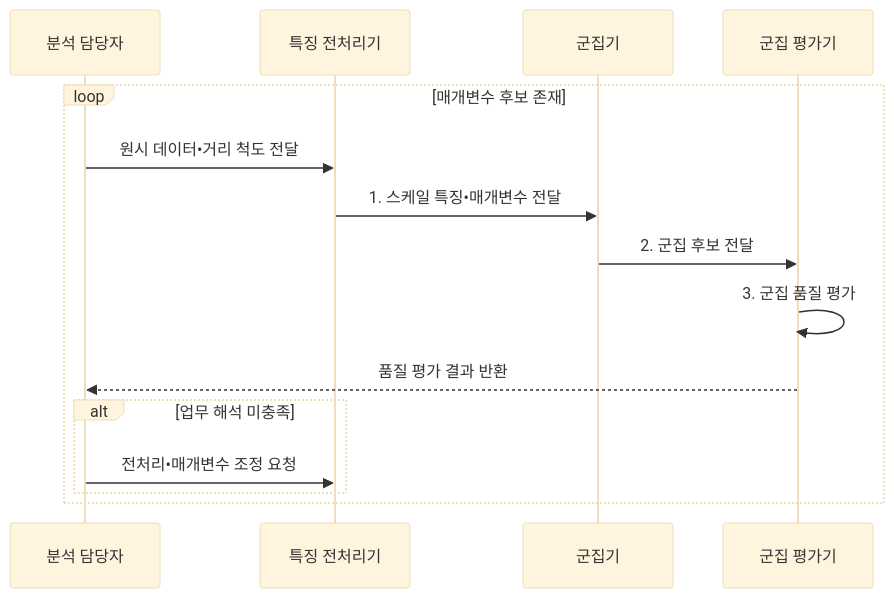
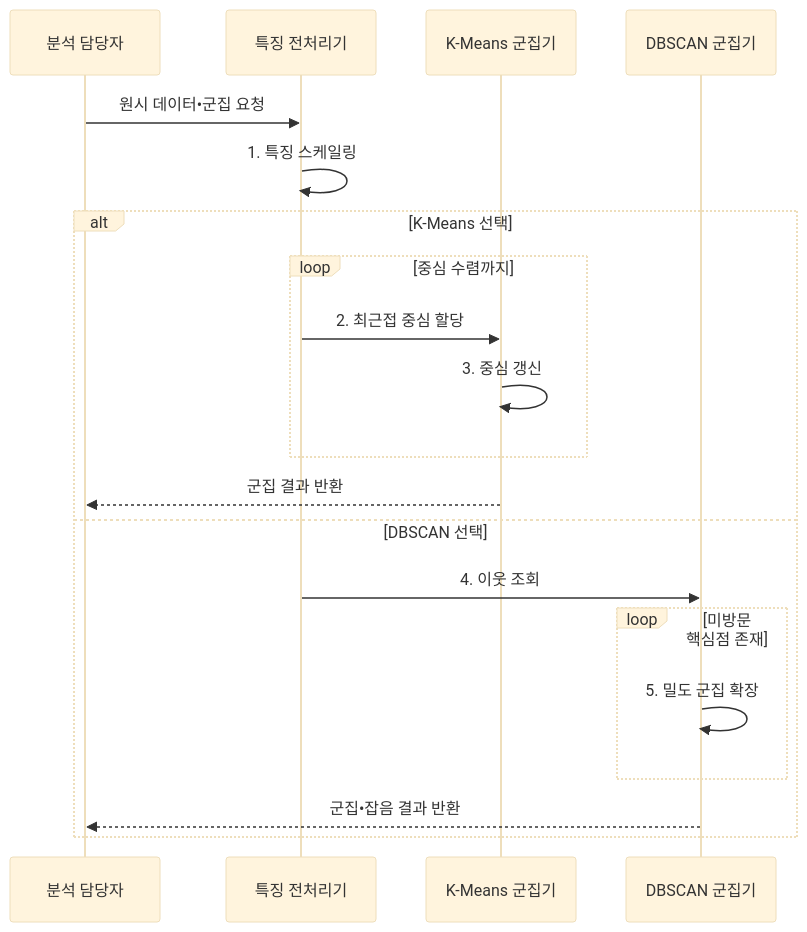
Before and after one commit to agnusdei1207/knowledge-base: the second of 2 diagrams in src/content/docs/notes/01-basic-theory/035_clustering.md, drawn with Mermaid (base theme). The commit also changed other lines of this file and 12 other files, not shown here.

````diff
--- a/src/content/docs/notes/01-basic-theory/035_clustering.md
+++ b/src/content/docs/notes/01-basic-theory/035_clustering.md
@@ -99,17 +98,22 @@
 ```mermaid
 sequenceDiagram
     participant A as 분석 담당자
     participant P as 특징 전처리기
-    participant C as 군집기
-    participant E as 군집 평가기
-    loop 매개변수 후보 존재
-        A->>P: 원시 데이터•거리 척도 전달
-        P->>C: 1. 스케일 특징•매개변수 전달
-        C->>E: 2. 군집 후보 전달
-        E->>E: 3. 군집 품질 평가
-        E-->>A: 품질 평가 결과 반환
-        alt 업무 해석 미충족
-            A->>P: 전처리•매개변수 조정 요청
+    participant K as K-Means 군집기
+    participant D as DBSCAN 군집기
+    A->>P: 원시 데이터•군집 요청
+    P->>P: 1. 특징 스케일링
+    alt K-Means 선택
+        loop 중심 수렴까지
+            P->>K: 2. 최근접 중심 할당
+            K->>K: 3. 중심 갱신
         end
+        K-->>A: 군집 결과 반환
+    else DBSCAN 선택
+        P->>D: 4. 이웃 조회
+        loop 미방문 핵심점 존재
+            D->>D: 5. 밀도 군집 확장
+        end
+        D-->>A: 군집•잡음 결과 반환
     end
 ```
````
